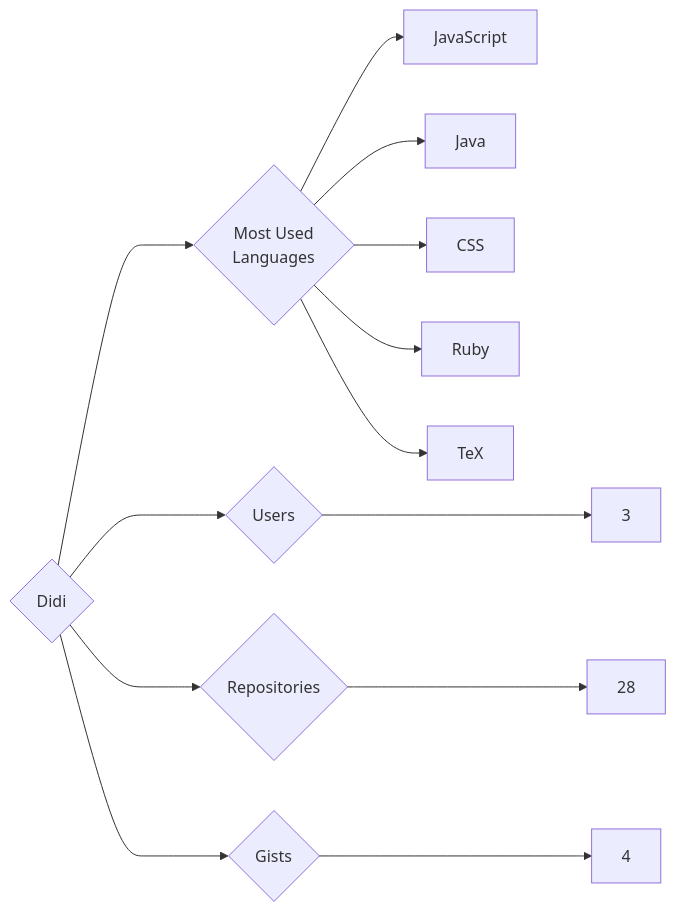
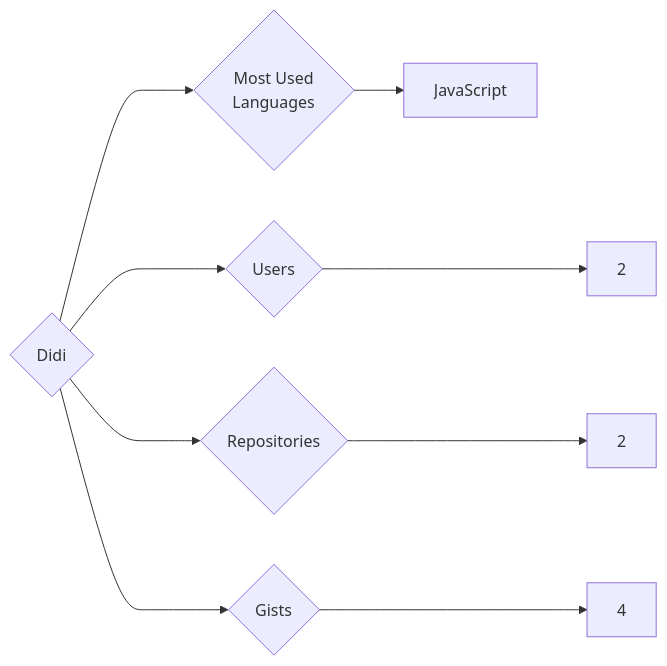
Before and after one commit to trickest/insiders: the diagram in targets/Didi/README.md, drawn with Mermaid. The commit also changed 859 other files, not shown here.

````diff
--- a/targets/Didi/README.md
+++ b/targets/Didi/README.md
@@ -3,13 +3,9 @@
 ```mermaid
 graph LR
 COMPANY_NAME{Didi}
-COMPANY_NAME ---> U{Users} ---> UN[3]
-COMPANY_NAME ---> R{Repositories} ---> RN[28]
+COMPANY_NAME ---> U{Users} ---> UN[2]
+COMPANY_NAME ---> R{Repositories} ---> RN[2]
 COMPANY_NAME ---> G{Gists} ---> GN[4]
 COMPANY_NAME ---> ML{Most Used<br>Languages}
 ML --> JavaScript[JavaScript]
-ML --> Java[Java]
-ML --> CSS[CSS]
-ML --> Ruby[Ruby]
-ML --> TeX[TeX]
 ```
````
